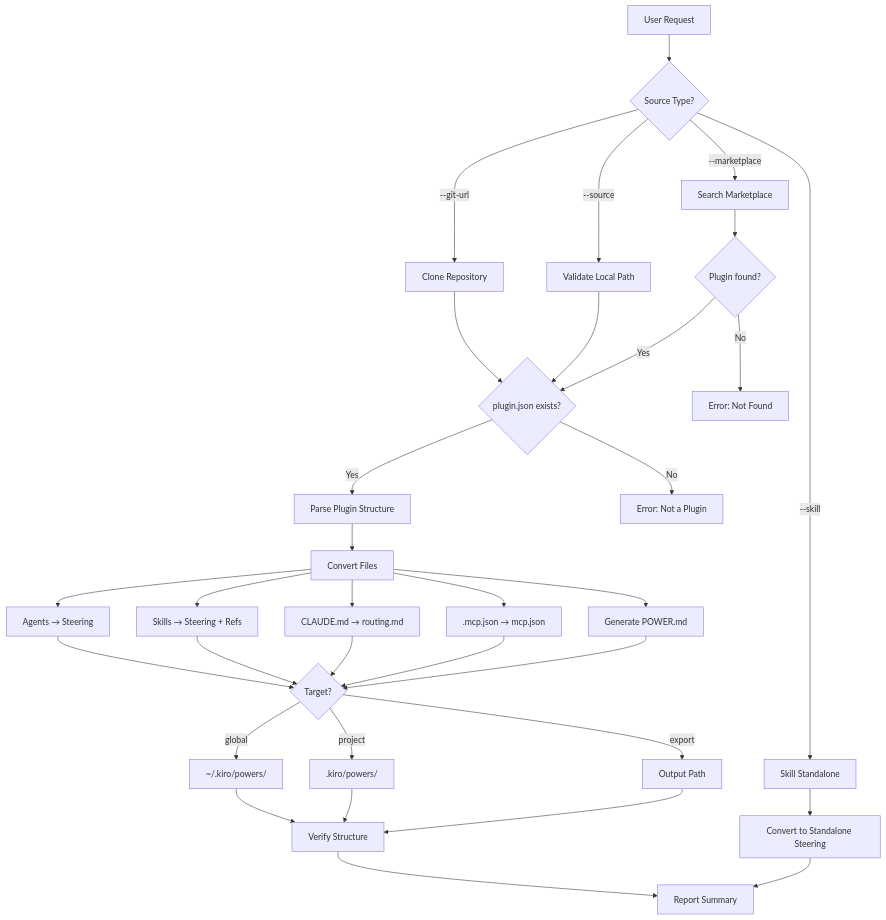
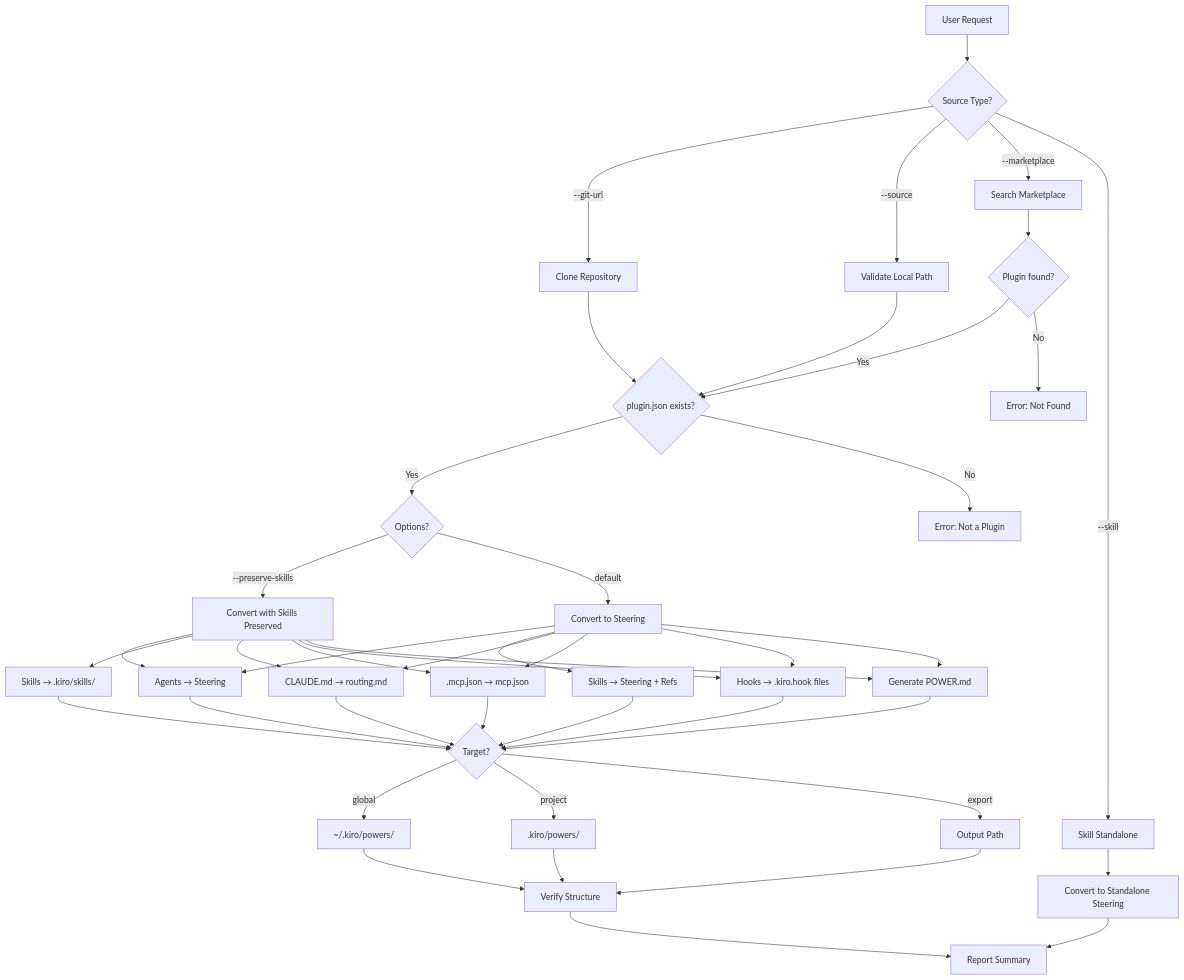
The diagram in plugins/kiro-power-converter/agents/kiro-converter-agent.md (Atom-oh/oh-my-cloud-skills), drawn with Mermaid before and after one commit. The commit also changed other lines of this file and 40 other files, not shown here.

````diff
--- a/plugins/kiro-power-converter/agents/kiro-converter-agent.md
+++ b/plugins/kiro-power-converter/agents/kiro-converter-agent.md
@@ -29,42 +33,54 @@
 ```mermaid
 flowchart TD
     START[User Request] --> DETECT{Source Type?}
     DETECT -->|--git-url| GIT[Clone Repository]
     DETECT -->|--source| LOCAL[Validate Local Path]
     DETECT -->|--marketplace| MKT[Search Marketplace]
     DETECT -->|--skill| SKILL[Skill Standalone]
 
     GIT --> VALIDATE{plugin.json exists?}
     LOCAL --> VALIDATE
     MKT --> FOUND{Plugin found?}
     FOUND -->|Yes| VALIDATE
     FOUND -->|No| FAIL[Error: Not Found]
 
-    VALIDATE -->|Yes| PARSE[Parse Plugin Structure]
+    VALIDATE -->|Yes| OPTIONS{Options?}
     VALIDATE -->|No| FAIL2[Error: Not a Plugin]
 
-    PARSE --> CONVERT[Convert Files]
+    OPTIONS -->|--preserve-skills| CONVERT_PS[Convert with Skills Preserved]
+    OPTIONS -->|default| CONVERT[Convert to Steering]
+
     CONVERT --> AGENTS[Agents → Steering]
     CONVERT --> SKILLS[Skills → Steering + Refs]
     CONVERT --> CLAUDE[CLAUDE.md → routing.md]
     CONVERT --> MCP[.mcp.json → mcp.json]
+    CONVERT --> HOOKS[Hooks → .kiro.hook files]
     CONVERT --> POWER[Generate POWER.md]
+
+    CONVERT_PS --> AGENTS
+    CONVERT_PS --> KSKILLS[Skills → .kiro/skills/]
+    CONVERT_PS --> CLAUDE
+    CONVERT_PS --> MCP
+    CONVERT_PS --> HOOKS
+    CONVERT_PS --> POWER
 
     SKILL --> STANDALONE[Convert to Standalone Steering]
 
     AGENTS --> TARGET{Target?}
     SKILLS --> TARGET
+    KSKILLS --> TARGET
     CLAUDE --> TARGET
     MCP --> TARGET
+    HOOKS --> TARGET
     POWER --> TARGET
     STANDALONE --> DONE
 
     TARGET -->|global| GLOBAL[~/.kiro/powers/]
     TARGET -->|project| PROJECT[.kiro/powers/]
     TARGET -->|export| EXPORT[Output Path]
 
     GLOBAL --> VERIFY[Verify Structure]
     PROJECT --> VERIFY
     EXPORT --> VERIFY
     VERIFY --> DONE[Report Summary]
 ```
````
